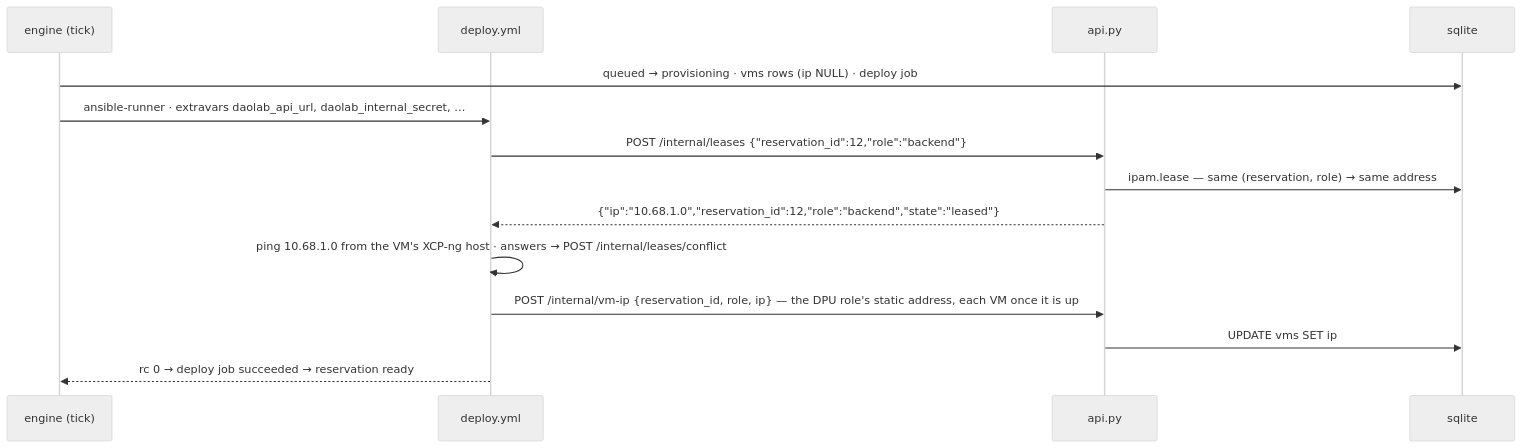
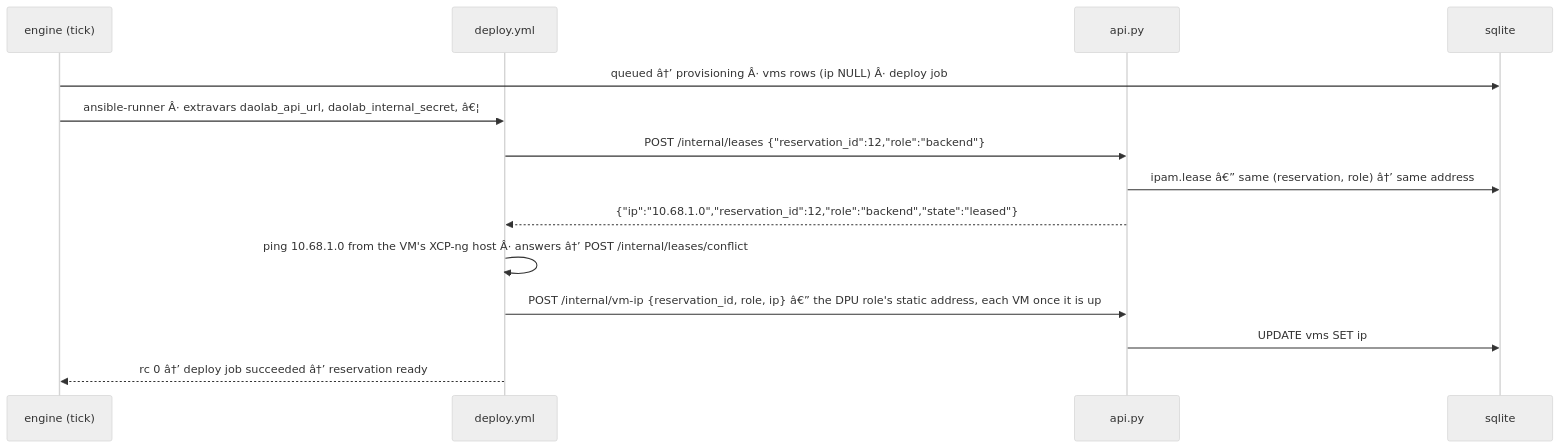
The diagram in plan/02-backend-api.md (hrushikesh-sam/dao-lab-selfserve), drawn with Mermaid (neutral theme) before and after one commit. The commit also changed other lines of this file and 2 other files, not shown here.

Commit message:
plans: replace tearing_down with cleaning across domain/api/engine

````diff
--- a/plan/02-backend-api.md
+++ b/plan/02-backend-api.md
@@ -578,16 +578,16 @@
 ```mermaid
 sequenceDiagram
     participant E as engine (tick)
     participant P as deploy.yml
     participant A as api.py
     participant D as sqlite
-    E->>D: queued → provisioning · vms rows (ip NULL) · deploy job
-    E->>P: ansible-runner · extravars daolab_api_url, daolab_internal_secret, …
+    E->>D: queued â†’ provisioning Â· vms rows (ip NULL) Â· deploy job
+    E->>P: ansible-runner Â· extravars daolab_api_url, daolab_internal_secret, â€¦
     P->>A: POST /internal/leases {"reservation_id":12,"role":"backend"}
-    A->>D: ipam.lease — same (reservation, role) → same address
+    A->>D: ipam.lease â€” same (reservation, role) â†’ same address
     A-->>P: {"ip":"10.68.1.0","reservation_id":12,"role":"backend","state":"leased"}
-    P->>P: ping 10.68.1.0 from the VM's XCP-ng host · answers → POST /internal/leases/conflict
-    P->>A: POST /internal/vm-ip {reservation_id, role, ip} — the DPU role's static address, each VM once it is up
+    P->>P: ping 10.68.1.0 from the VM's XCP-ng host Â· answers â†’ POST /internal/leases/conflict
+    P->>A: POST /internal/vm-ip {reservation_id, role, ip} â€” the DPU role's static address, each VM once it is up
     A->>D: UPDATE vms SET ip
-    P-->>E: rc 0 → deploy job succeeded → reservation ready
+    P-->>E: rc 0 â†’ deploy job succeeded â†’ reservation ready
 ```
````
